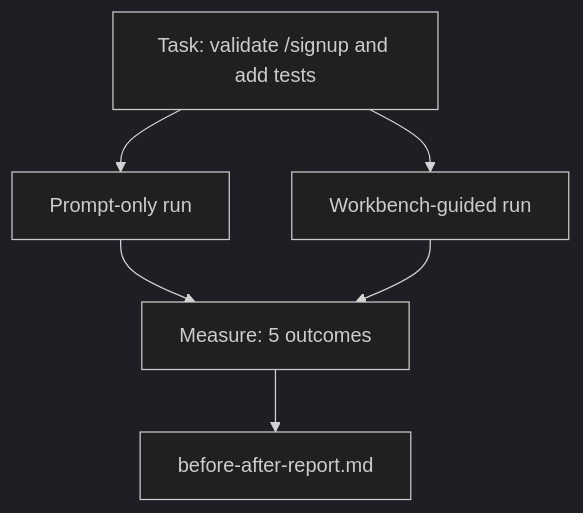
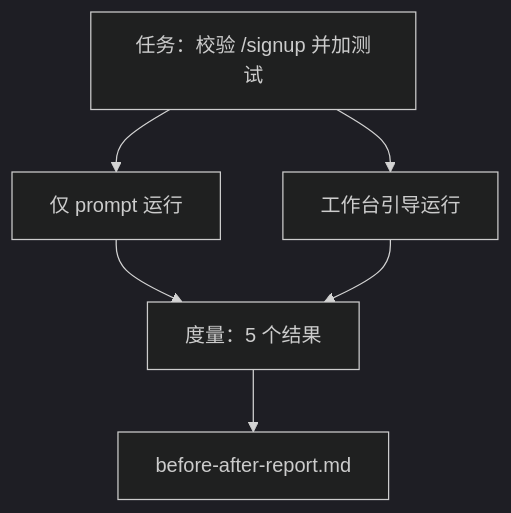
The diagram in phases/14-agent-engineering/41-workbench-for-real-repos/docs/zh.md (alessandrodinisio-ai/ai-engineering-learning-framework), drawn with Mermaid (dark theme) before and after one commit. The commit also changed 120 other files, not shown here.

First line of the commit message:
i18n(mermaid): 337 个 mermaid 图表标签中文化

````diff
--- a/phases/14-agent-engineering/41-workbench-for-real-repos/docs/zh.md
+++ b/phases/14-agent-engineering/41-workbench-for-real-repos/docs/zh.md
@@ -25,8 +25,8 @@
 ```mermaid
 flowchart TD
-  Task[Task: validate /signup and add tests] --> A[Prompt-only run]
-  Task --> B[Workbench-guided run]
-  A --> M[Measure: 5 outcomes]
+  Task[任务：校验 /signup 并加测试] --> A[仅 prompt 运行]
+  Task --> B[工作台引导运行]
+  A --> M[度量：5 个结果]
   B --> M
   M --> Report[before-after-report.md]
 ```
````
